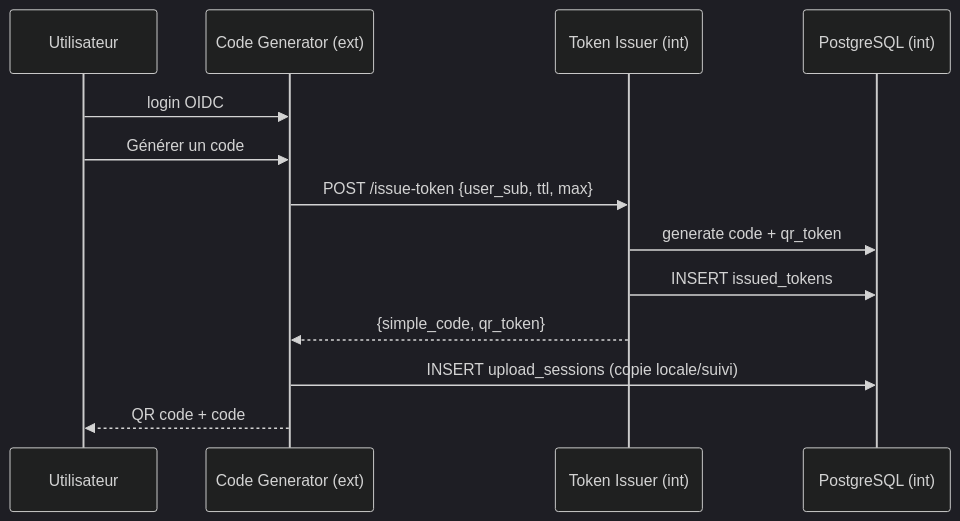
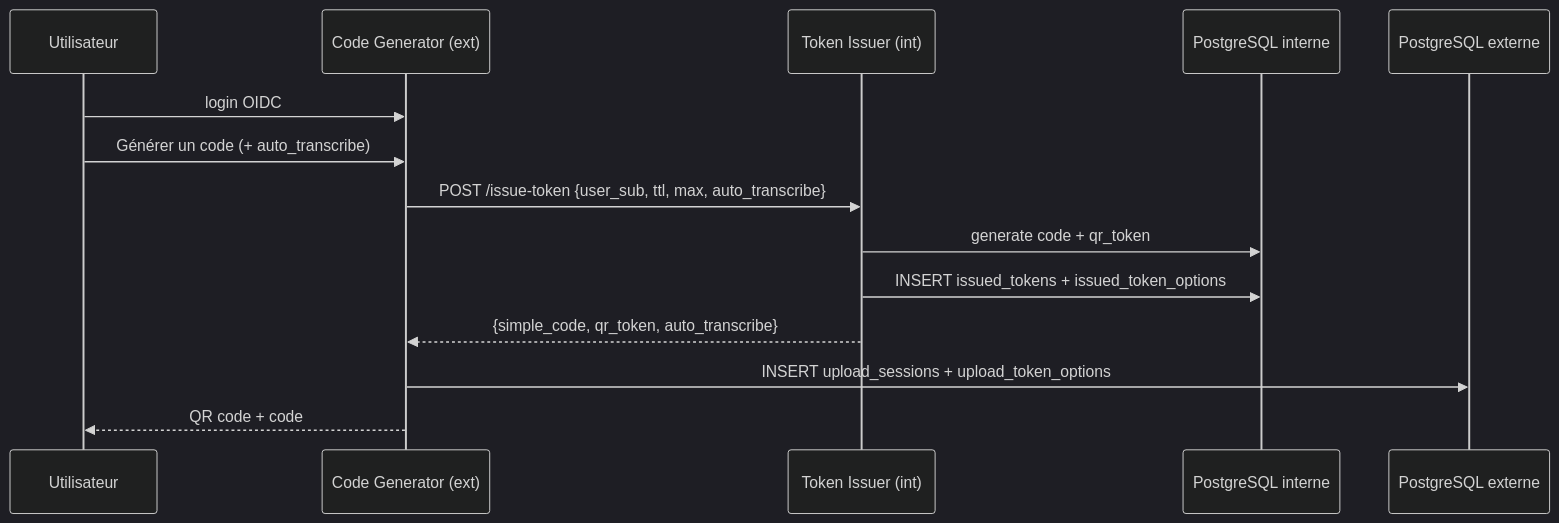
One commit to IA-Generative/mcr-secure-audio-upload changed the second of 5 diagrams in README.md. Above: the diagram before and after it, drawn with Mermaid (dark theme). The commit also changed other lines of this file and 1 other file, not shown here.

First line of the commit message:
Add auto_transcribe flow and docs updates

````diff
--- a/README.md
+++ b/README.md
@@ -44,16 +49,17 @@
 ```mermaid
 sequenceDiagram
   participant U as Utilisateur
   participant CG as Code Generator (ext)
   participant TI as Token Issuer (int)
-  participant PG as PostgreSQL (int)
+  participant PGI as PostgreSQL interne
+  participant PGE as PostgreSQL externe
 
   U->>CG: login OIDC
-  U->>CG: Générer un code
-  CG->>TI: POST /issue-token {user_sub, ttl, max}
-  TI->>PG: generate code + qr_token
-  TI->>PG: INSERT issued_tokens
-  TI-->>CG: {simple_code, qr_token}
-  CG->>PG: INSERT upload_sessions (copie locale/suivi)
+  U->>CG: Générer un code (+ auto_transcribe)
+  CG->>TI: POST /issue-token {user_sub, ttl, max, auto_transcribe}
+  TI->>PGI: generate code + qr_token
+  TI->>PGI: INSERT issued_tokens + issued_token_options
+  TI-->>CG: {simple_code, qr_token, auto_transcribe}
+  CG->>PGE: INSERT upload_sessions + upload_token_options
   CG-->>U: QR code + code
 ```
````
